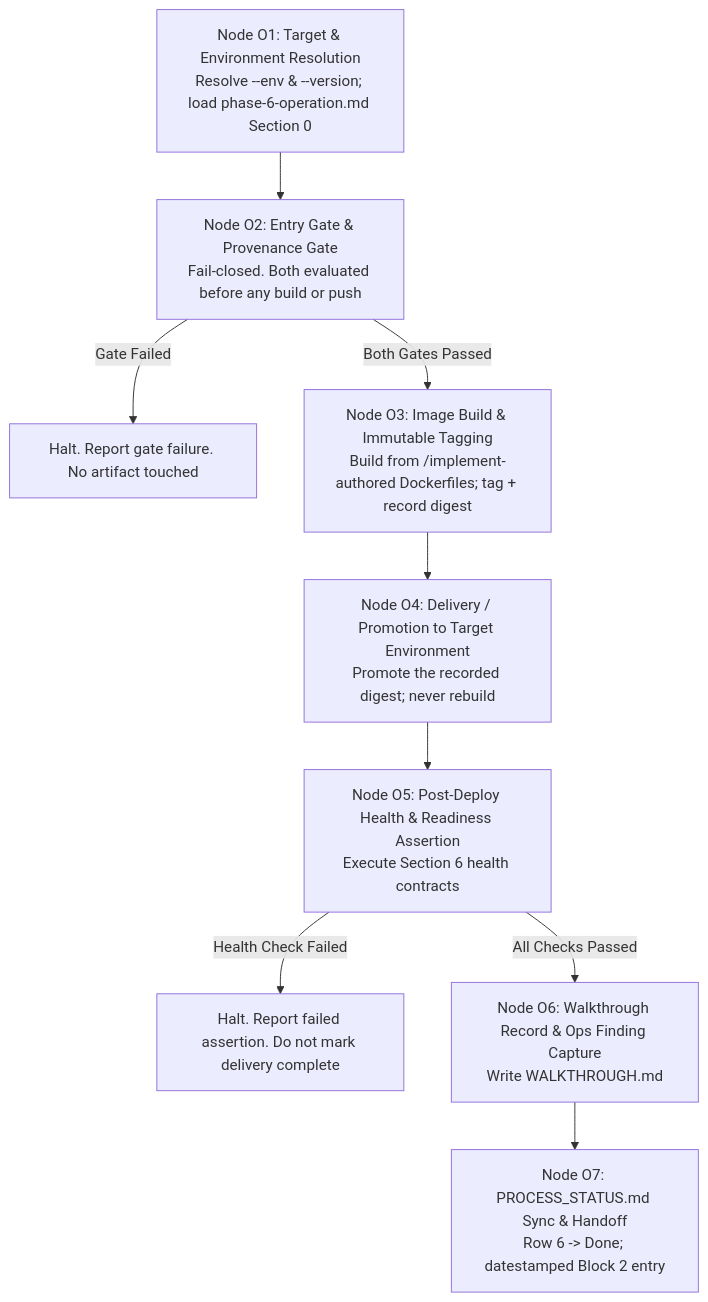
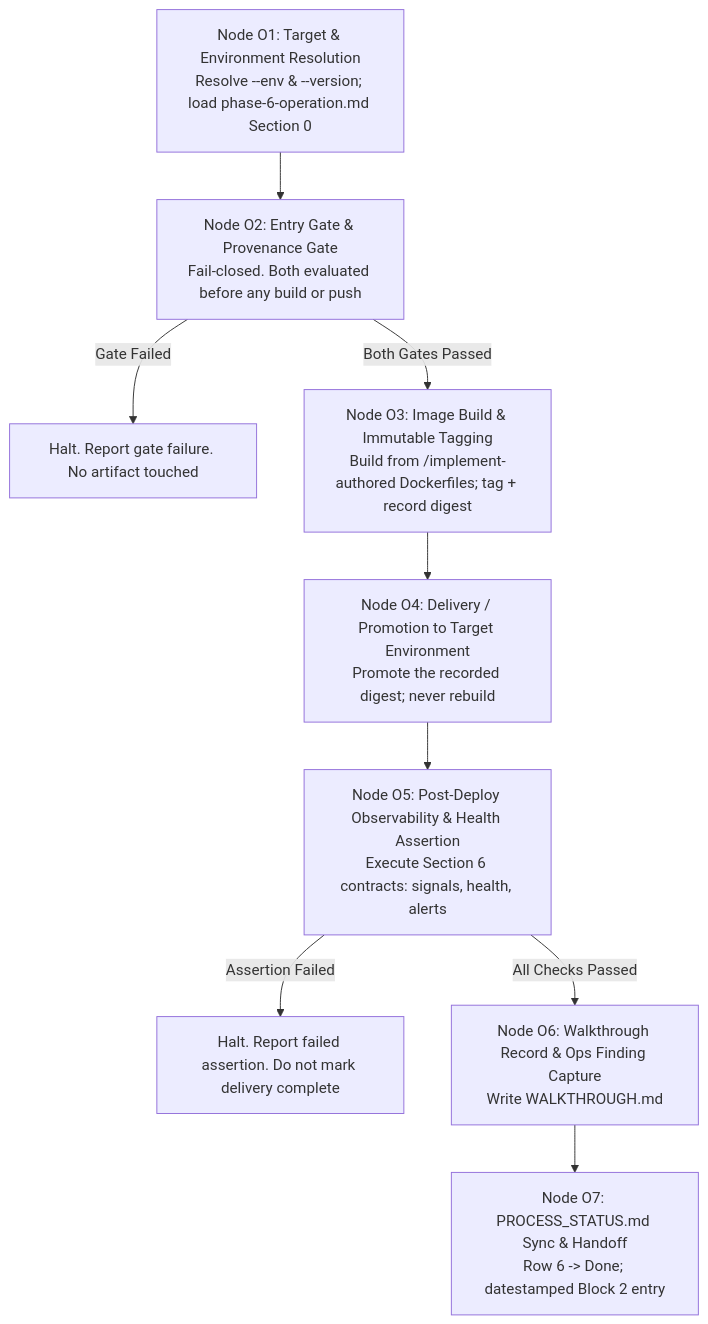
Before and after one commit to hrvthgergo/agent-driven-templates: the second of 2 diagrams in actions/operate/operate_action.md, drawn with Mermaid. The commit also changed other lines of this file and 9 other files, not shown here.

````diff
--- a/actions/operate/operate_action.md
+++ b/actions/operate/operate_action.md
@@ -127,12 +131,12 @@
 ```mermaid
 graph TD
     O1[Node O1: Target & Environment Resolution<br/>Resolve --env & --version; load phase-6-operation.md Section 0]
     --> O2[Node O2: Entry Gate & Provenance Gate<br/>Fail-closed. Both evaluated before any build or push]
     O2 -->|Gate Failed| O2_Halt[Halt. Report gate failure. No artifact touched]
     O2 -->|Both Gates Passed| O3[Node O3: Image Build & Immutable Tagging<br/>Build from /implement-authored Dockerfiles; tag + record digest]
     O3 --> O4[Node O4: Delivery / Promotion to Target Environment<br/>Promote the recorded digest; never rebuild]
-    O4 --> O5[Node O5: Post-Deploy Health & Readiness Assertion<br/>Execute Section 6 health contracts]
-    O5 -->|Health Check Failed| O5_Halt[Halt. Report failed assertion. Do not mark delivery complete]
+    O4 --> O5[Node O5: Post-Deploy Observability & Health Assertion<br/>Execute Section 6 contracts: signals, health, alerts]
+    O5 -->|Assertion Failed| O5_Halt[Halt. Report failed assertion. Do not mark delivery complete]
     O5 -->|All Checks Passed| O6[Node O6: Walkthrough Record & Ops Finding Capture<br/>Write WALKTHROUGH.md]
     O6 --> O7[Node O7: PROCESS_STATUS.md Sync & Handoff<br/>Row 6 -> Done; datestamped Block 2 entry]
 ```
````
